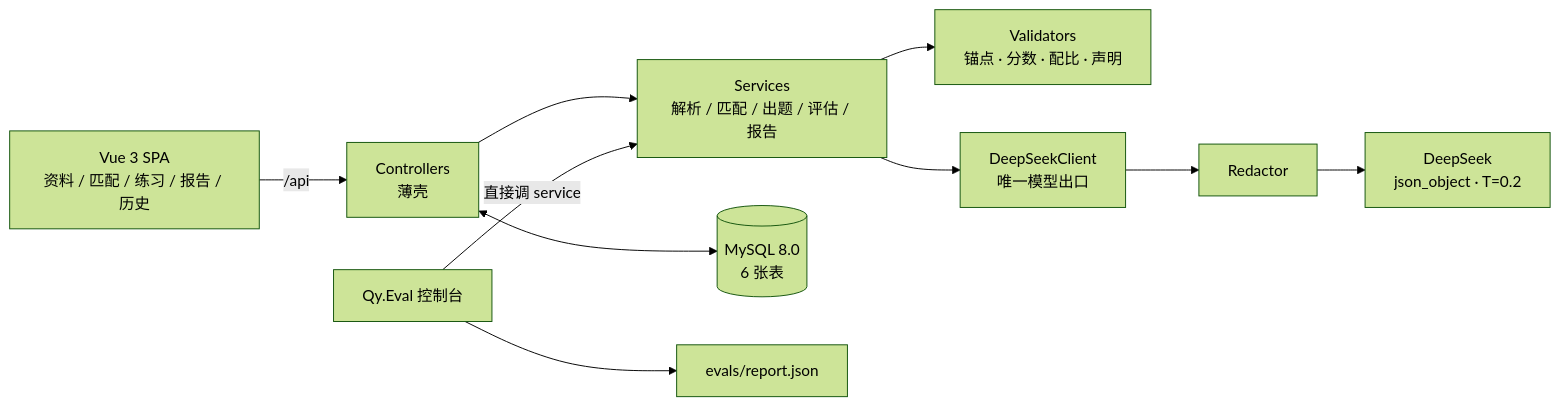
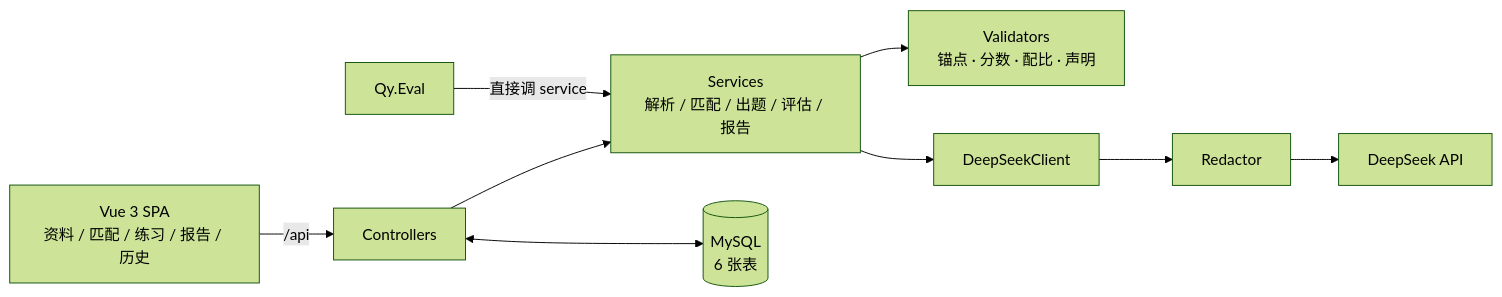
Before and after one commit to Qingyoufor/interview-assistant: the diagram in README.md, drawn with Mermaid (forest theme). The commit also changed other lines of this file, not shown here.

````diff
--- a/README.md
+++ b/README.md
@@ -19,11 +26,9 @@
 ```mermaid
 flowchart LR
-    FE["Vue 3 SPA<br/>资料 / 匹配 / 练习 / 报告 / 历史"] -->|"/api"| CT["Controllers<br/>薄壳"]
+    FE["Vue 3 SPA<br/>资料 / 匹配 / 练习 / 报告 / 历史"] -->|"/api"| CT["Controllers"]
     CT --> SV["Services<br/>解析 / 匹配 / 出题 / 评估 / 报告"]
     SV --> VA["Validators<br/>锚点 · 分数 · 配比 · 声明"]
-    CT <--> DB[("MySQL 8.0<br/>6 张表")]
-    SV --> LL["DeepSeekClient<br/>唯一模型出口"]
-    LL --> RD["Redactor"] --> DS["DeepSeek<br/>json_object · T=0.2"]
-    EV["Qy.Eval 控制台"] -->|"直接调 service"| SV
-    EV --> RP["evals/report.json"]
+    CT <--> DB[("MySQL<br/>6 张表")]
+    SV --> LL["DeepSeekClient"] --> RD["Redactor"] --> DS["DeepSeek API"]
+    EV["Qy.Eval"] -->|"直接调 service"| SV
 ```
````
